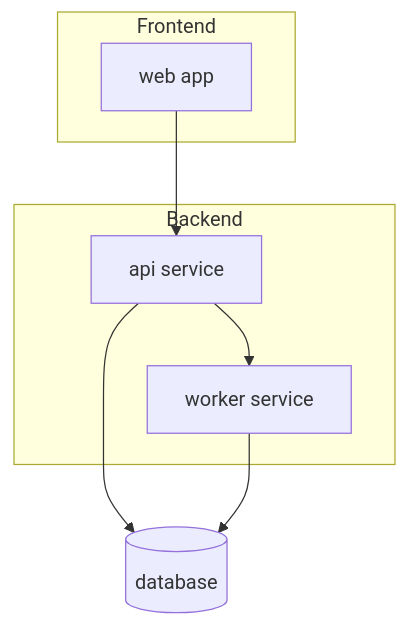
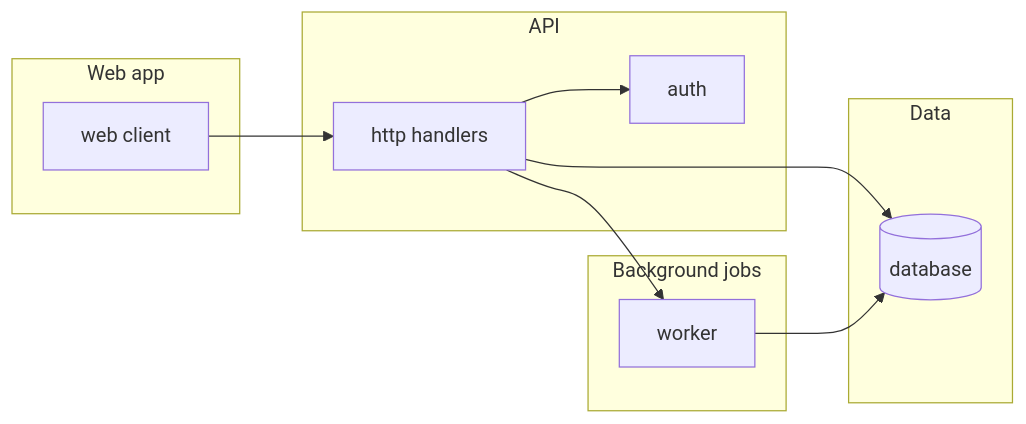
Before and after one commit to DMcSweeney/ClaudeSkills: the second of 2 diagrams in architecture-map/templates/ARCHITECTURE.md, drawn with Mermaid. The commit also changed other lines of this file and 4 other files, not shown here.

````diff
--- a/architecture-map/templates/ARCHITECTURE.md
+++ b/architecture-map/templates/ARCHITECTURE.md
@@ -15,16 +35,22 @@
 ```mermaid
-graph TD
-    subgraph Frontend
-        WEB[web app]
+flowchart LR
+    subgraph web_app[Web app]
+        web[web client]
     end
-    subgraph Backend
-        API[api service]
-        WORKER[worker service]
+    subgraph api[API]
+        http[http handlers]
+        auth[auth]
     end
-    DB[(database)]
+    subgraph jobs[Background jobs]
+        worker[worker]
+    end
+    subgraph data[Data]
+        db[(database)]
+    end
 
-    WEB --> API
-    API --> WORKER
-    API --> DB
-    WORKER --> DB
+    web --> http
+    http --> auth
+    http --> worker
+    http --> db
+    worker --> db
 ```
````
